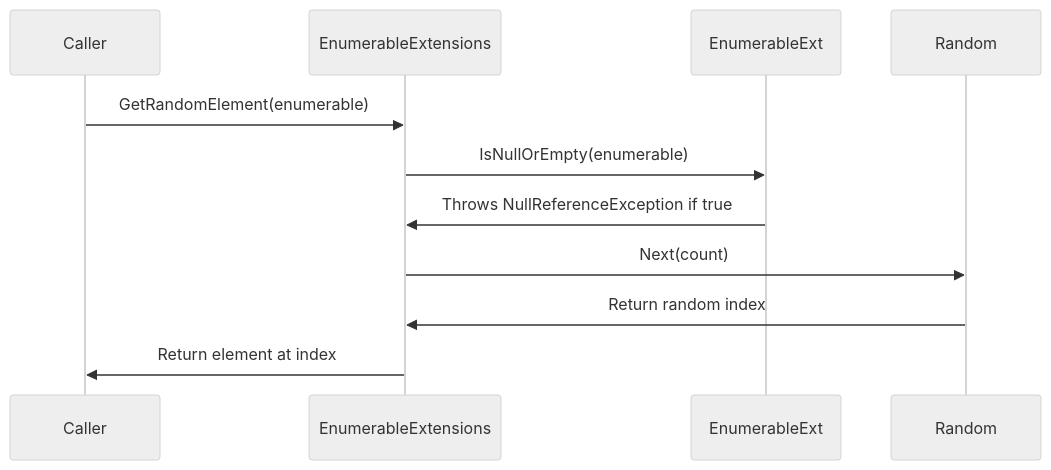
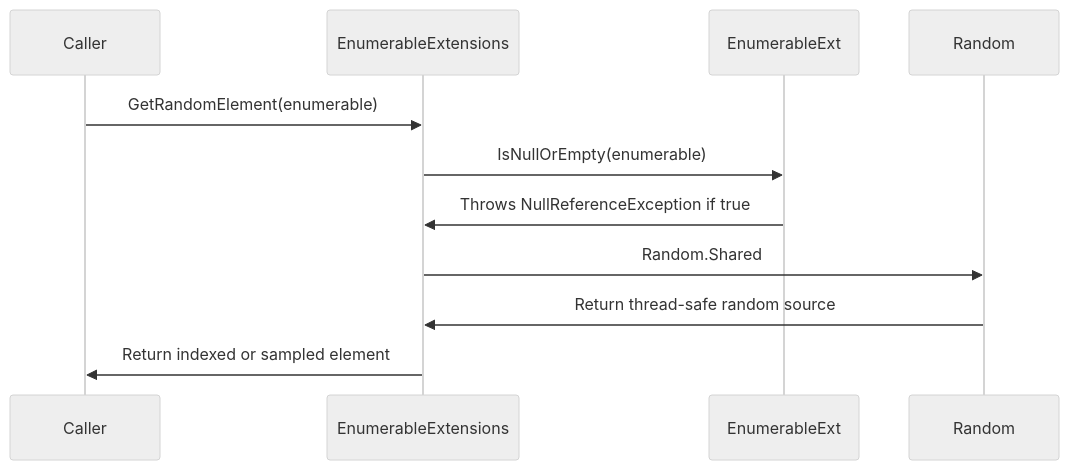
One commit to hmlendea/nuciextensions changed the fourth of 6 diagrams in ARCHITECTURE.md. Above: the diagram before and after it, drawn with Mermaid (neutral theme). The commit also changed other lines of this file and 6 other files, not shown here.

Commit message:
enumeration: Replaced the shared Random field with a thread-safe source

````diff
--- a/ARCHITECTURE.md
+++ b/ARCHITECTURE.md
@@ -216,9 +216,9 @@
 ```mermaid
 sequenceDiagram
     Caller->>EnumerableExtensions: GetRandomElement(enumerable)
     EnumerableExtensions->>EnumerableExt: IsNullOrEmpty(enumerable)
     EnumerableExt->>EnumerableExtensions: Throws NullReferenceException if true
-    EnumerableExtensions->>Random: Next(count)
-    Random->>EnumerableExtensions: Return random index
-    EnumerableExtensions->>Caller: Return element at index
+    EnumerableExtensions->>Random: Random.Shared
+    Random->>EnumerableExtensions: Return thread-safe random source
+    EnumerableExtensions->>Caller: Return indexed or sampled element
 ```
````
